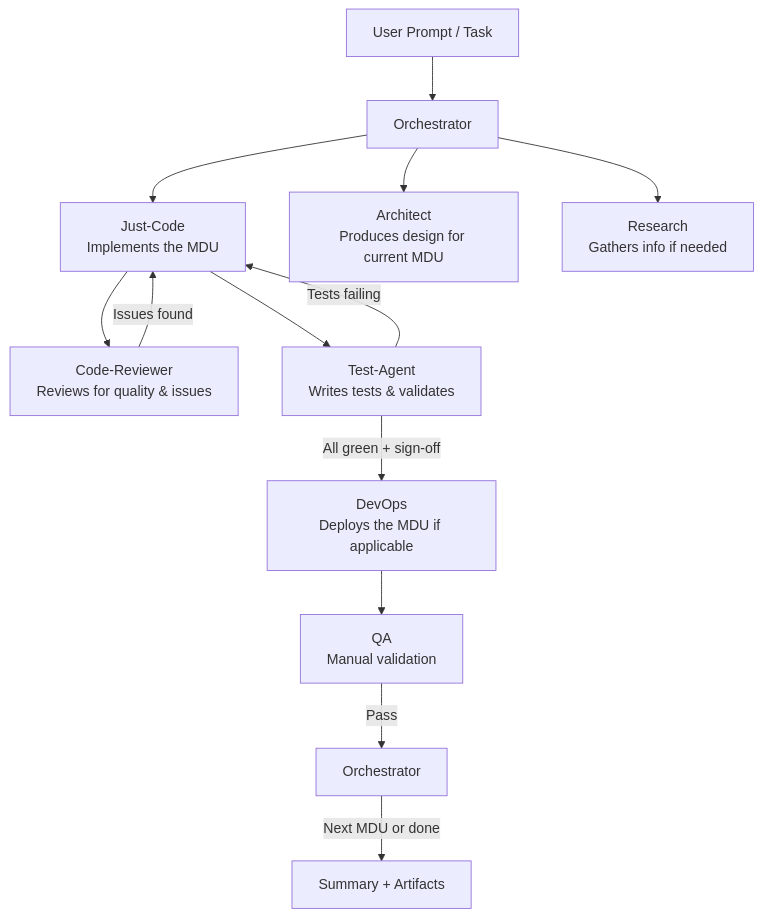
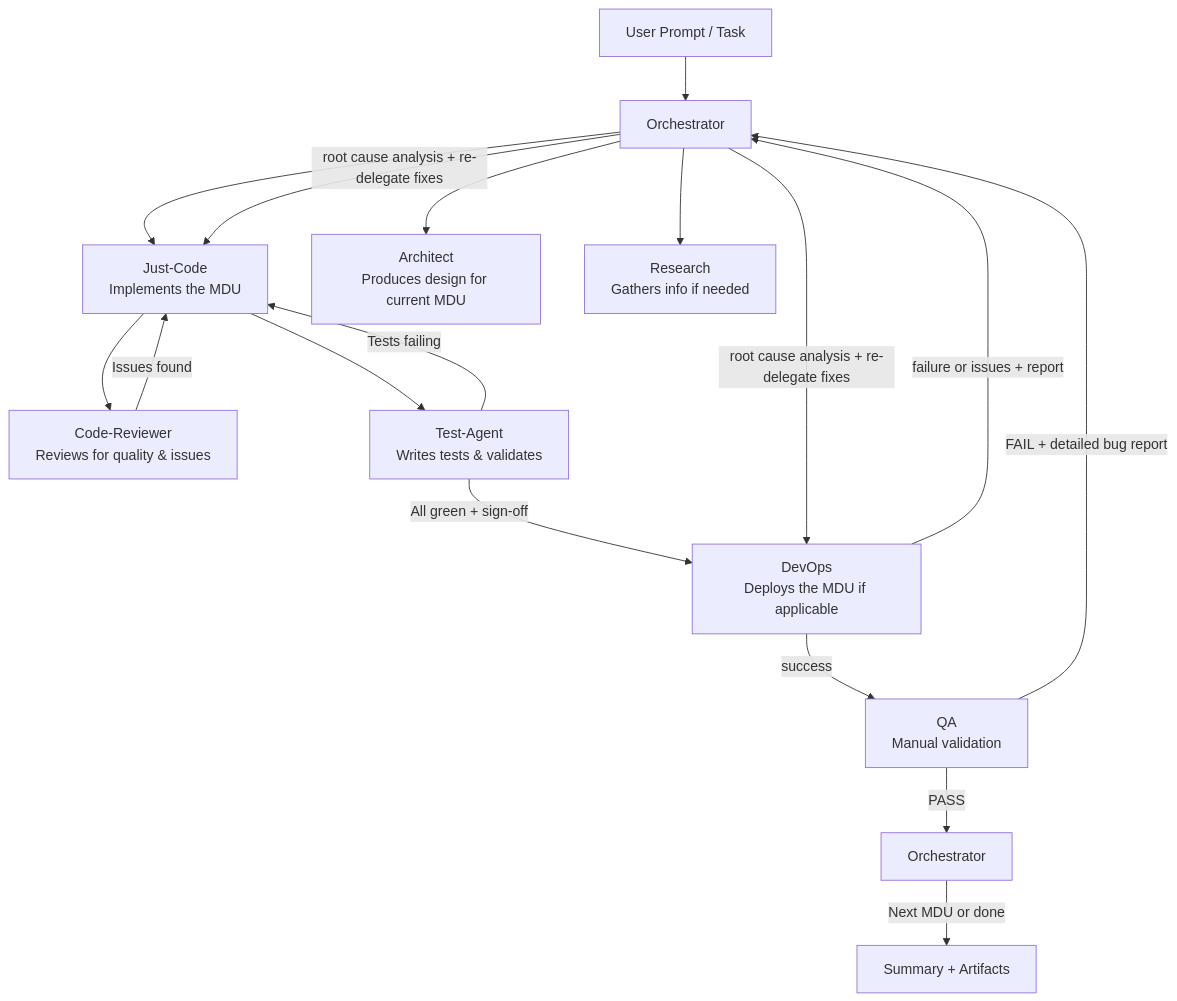
One commit to dihhuit/jeffs_agents changed the first of 2 diagrams in README.md. Above: the diagram before and after it, drawn with Mermaid. The commit also changed other lines of this file, not shown here.

````diff
--- a/README.md
+++ b/README.md
@@ -80,15 +80,19 @@
 ```mermaid
 graph TD
     User[User Prompt / Task] --> Orch[Orchestrator]
     Orch --> JustCode[Just-Code<br/>Implements the MDU]
     JustCode --> Reviewer[Code-Reviewer<br/>Reviews for quality &amp; issues]
     Reviewer -->|Issues found| JustCode
     JustCode --> Tester[Test-Agent<br/>Writes tests &amp; validates]
     Tester -->|Tests failing| JustCode
     Tester -->|All green + sign-off| DevOps[DevOps<br/>Deploys the MDU if applicable]
-    DevOps --> QA[QA<br/>Manual validation]
-    QA -->|Pass| Orch2[Orchestrator]
+    DevOps -->|success| QA[QA<br/>Manual validation]
+    DevOps -->|failure or issues + report| Orch
+    QA -->|PASS| Orch2[Orchestrator]
+    QA -->|FAIL + detailed bug report| Orch
+    Orch -->|root cause analysis + re-delegate fixes| JustCode
+    Orch -->|root cause analysis + re-delegate fixes| DevOps
     Orch2 -->|Next MDU or done| Done[Summary + Artifacts]
     Orch --> Arch[Architect<br/>Produces design for current MDU]
     Orch --> Research[Research<br/>Gathers info if needed]
 ```
````
